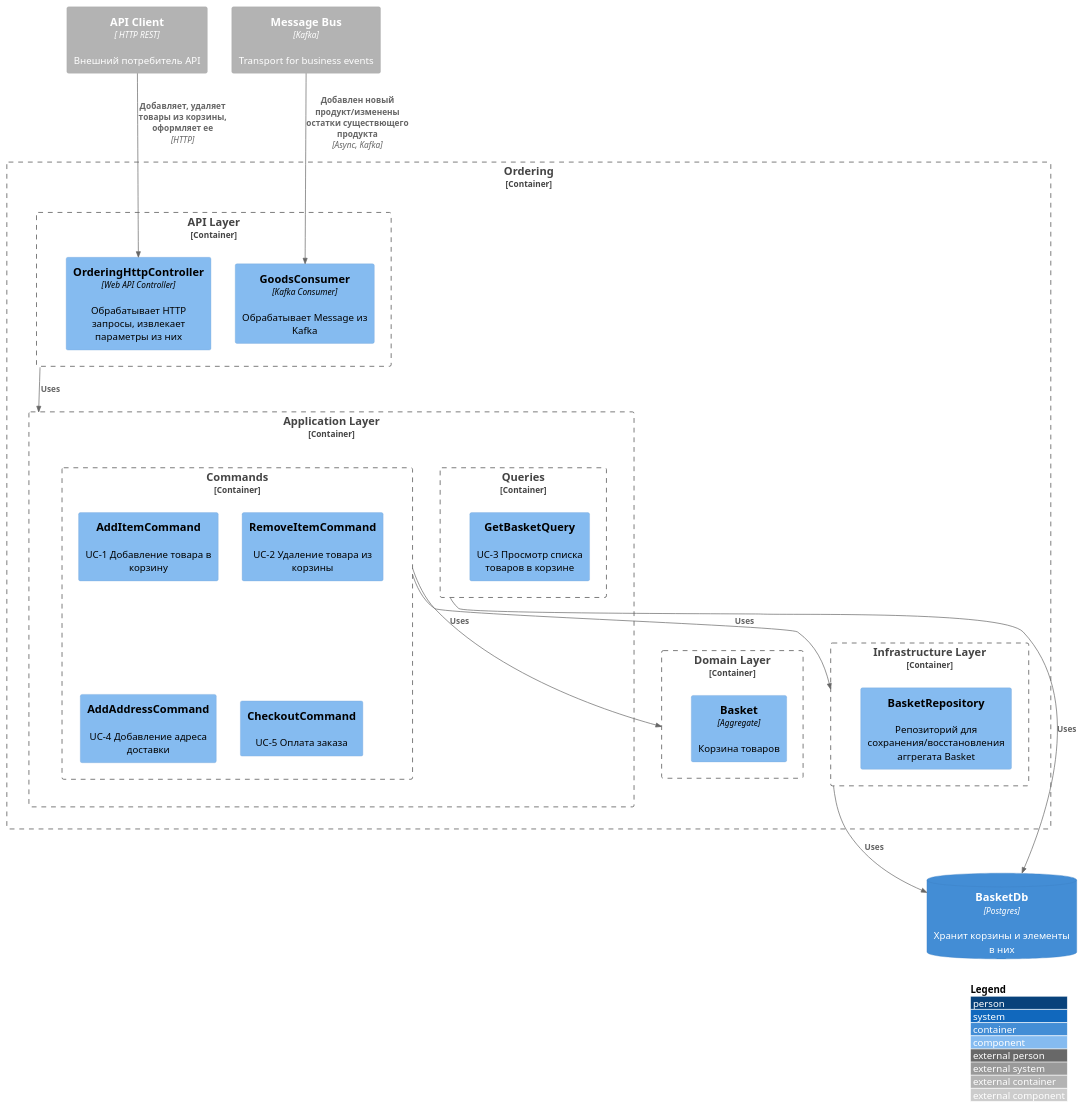
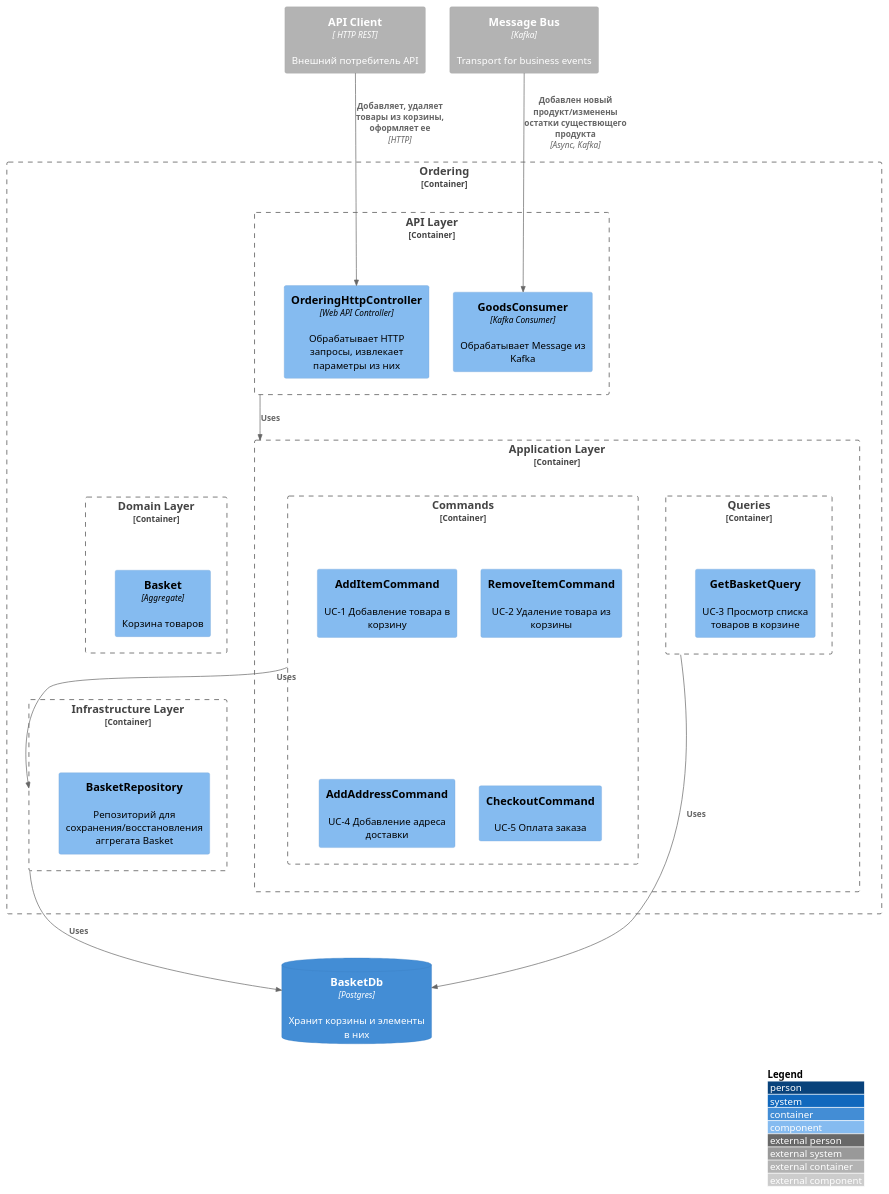
The second of 5 diagrams in services/ordering/README.md (gerzhan/knigaexpert-system-design), drawn with PlantUML before and after one commit.

````diff
--- a/services/ordering/README.md
+++ b/services/ordering/README.md
@@ -43,50 +43,49 @@
 ```plantuml
 !include https://raw.githubusercontent.com/plantuml-stdlib/C4-PlantUML/master/C4_Component.puml
 LAYOUT_WITH_LEGEND()
 
 Container_Ext(api_client, "API Client", " HTTP REST", "Внешний потребитель API")
 
 Container_Ext(message_bus, "Message Bus", "Kafka", "Transport for business events")
 
 Container_Boundary(ordering_service, "Ordering") {
     Container_Boundary(api_layer, "API Layer") {
     Component(ordering_http_handler, "OrderingHttpController", "Web API Controller", "Обрабатывает HTTP запросы, извлекает параметры из них")
     
     Component(goods_consumer, "GoodsConsumer", "Kafka Consumer", "Обрабатывает Message из Kafka")
     }
 
     Container_Boundary(application_layer, "Application Layer") {
       Container_Boundary(commands, "Commands") {
         Component(add_item_command, "AddItemCommand", "", "UC-1 Добавление товара в корзину")
         Component(remove_item_command, "RemoveItemCommand", "", "UC-2 Удаление товара из корзины")
         Component(add_address_command, "AddAddressCommand", "", "UC-4 Добавление адреса доставки")
         Component(checkout_command, "CheckoutCommand", "", "UC-5 Оплата заказа")
       }
 
       Container_Boundary(queries, "Queries") {
         Component(get_basket_query, "GetBasketQuery", "", "UC-3 Просмотр списка товаров в корзине")
       }
     }
 
     Container_Boundary(domain_layer, "Domain Layer") {
       Component(catalog_aggregate, "Basket", "Aggregate", "Корзина товаров")
     }
 
     Container_Boundary(infrastructure_layer, "Infrastructure Layer") {
       Component(basket_aggregate_repository, "BasketRepository", "", "Репозиторий для сохранения/восстановления аггрегата Basket")
     }
-
-    Rel(message_bus, goods_consumer, "Добавлен новый продукт/изменены остатки существющего продукта", "Async, Kafka")
-    
-    Rel(api_client, ordering_http_handler, "Добавляет, удаляет товары из корзины, оформляет ее", "HTTP")
-
-    Rel_D(api_layer, application_layer, "Uses")
-    
-    Rel_D(commands, domain_layer, "Uses")
-
-    Rel_D(commands, infrastructure_layer, "Uses")
 }
 ContainerDb(db, "BasketDb", "Postgres", "Хранит корзины и элементы в них")
+
+Rel(message_bus, goods_consumer, "Добавлен новый продукт/изменены остатки существющего продукта", "Async, Kafka")
+Rel(api_client, ordering_http_handler, "Добавляет, удаляет товары из корзины, оформляет ее", "HTTP")
+Rel(api_layer, application_layer, "Uses")
+Rel_L(commands, domain_layer, "Uses")
+Rel_L(commands, infrastructure_layer, "Uses")
 Rel_D(infrastructure_layer, db, "Uses")
-Rel_L(queries, db, "Uses")
+Rel_D(queries, db, "Uses")
+
+Lay_D(application_layer, domain_layer)
+Lay_D(domain_layer,infrastructure_layer)
 ```
````
